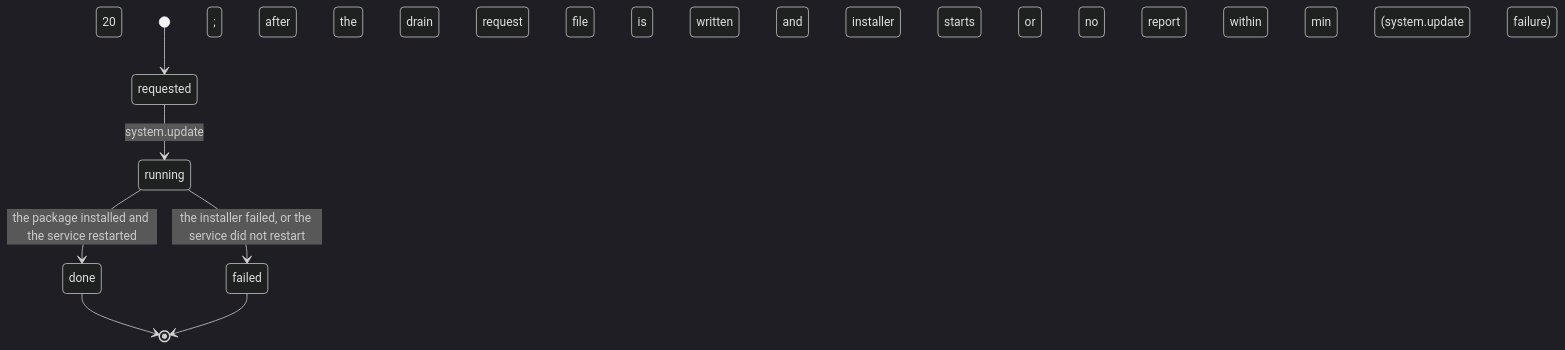
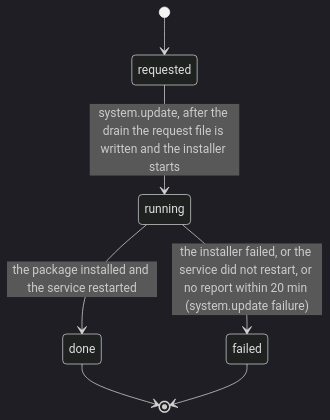
Diagram 20 of 23 in docs/lifecycles.md (albatroxxx/zanskar), drawn with Mermaid (dark theme) before and after one commit. The commit also changed other lines of this file and 2 other files, not shown here.

````diff
--- a/docs/lifecycles.md
+++ b/docs/lifecycles.md
@@ -410,9 +576,9 @@
 ```mermaid
 stateDiagram-v2
     [*] --> requested
-    requested --> running: system.update; after the drain the request file is written and the installer starts
+    requested --> running: system.update, after the drain the request file is written and the installer starts
     running --> done: the package installed and the service restarted
-    running --> failed: the installer failed, or the service did not restart; or no report within 20 min (system.update failure)
+    running --> failed: the installer failed, or the service did not restart, or no report within 20 min (system.update failure)
     done --> [*]
     failed --> [*]
 ```
````
